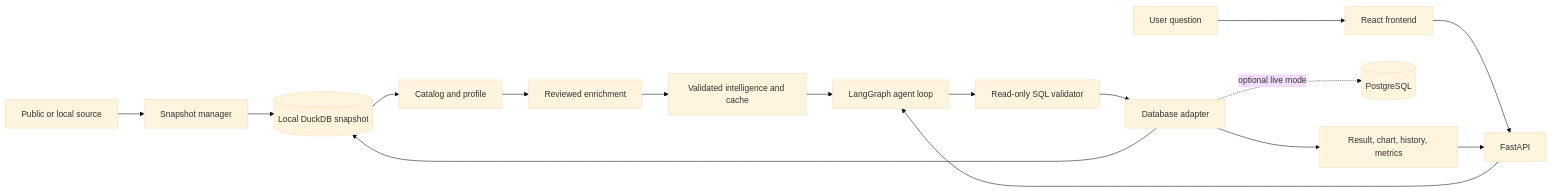
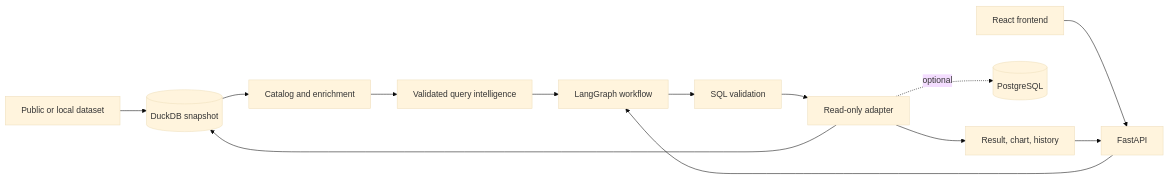
One commit to nevetsagetro/Queris changed the diagram in README.md. Above: the diagram before and after it, drawn with Mermaid (base theme). The commit also changed other lines of this file, not shown here.

````diff
--- a/README.md
+++ b/README.md
@@ -70,18 +68,15 @@
 ```mermaid
 flowchart LR
-    S[Public or local source] --> M[Snapshot manager]
-    M --> D[(Local DuckDB snapshot)]
-    D --> C[Catalog and profile]
-    C --> E[Reviewed enrichment]
-    E --> I[Validated intelligence and cache]
-    Q[User question] --> R[React frontend]
-    R --> API[FastAPI]
-    API --> L[LangGraph agent loop]
+    S[Public or local dataset] --> D[(DuckDB snapshot)]
+    D --> C[Catalog and enrichment]
+    C --> I[Validated query intelligence]
+    U[React frontend] --> API[FastAPI]
+    API --> L[LangGraph workflow]
     I --> L
-    L --> V[Read-only SQL validator]
-    V --> A[Database adapter]
+    L --> V[SQL validation]
+    V --> A[Read-only adapter]
     A --> D
-    A -. optional live mode .-> P[(PostgreSQL)]
-    A --> O[Result, chart, history, metrics]
-    O --> API
+    A -. optional .-> P[(PostgreSQL)]
+    A --> R[Result, chart, history]
+    R --> API
 ```
````
